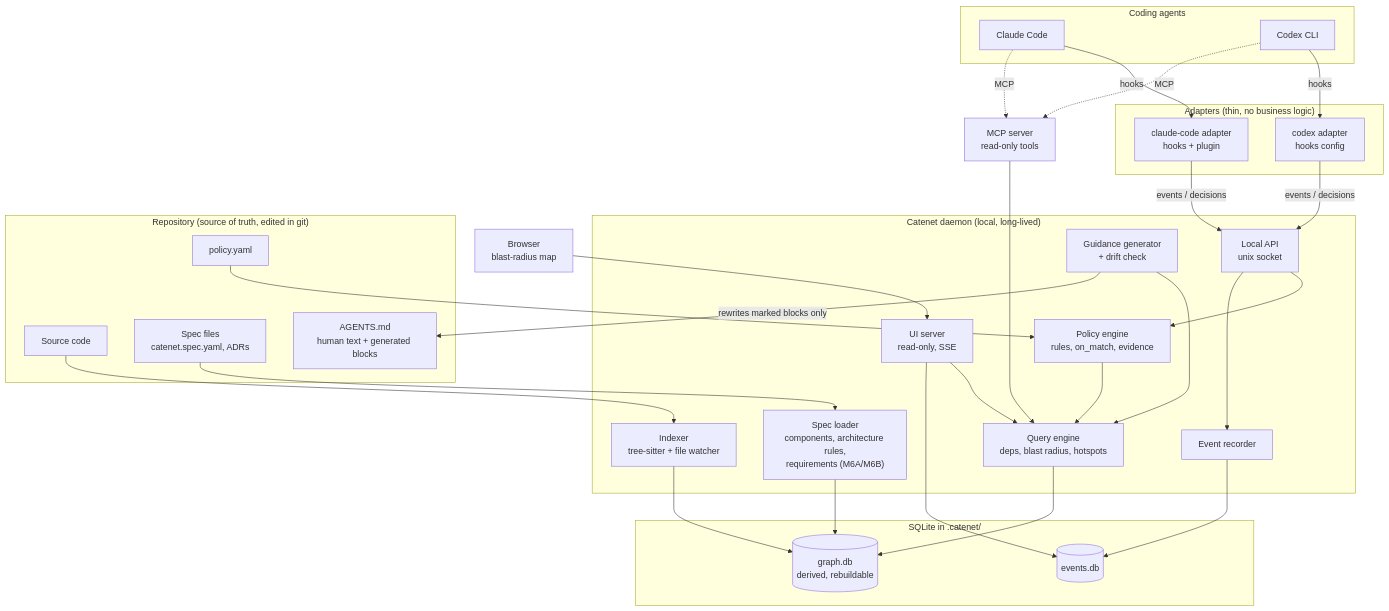
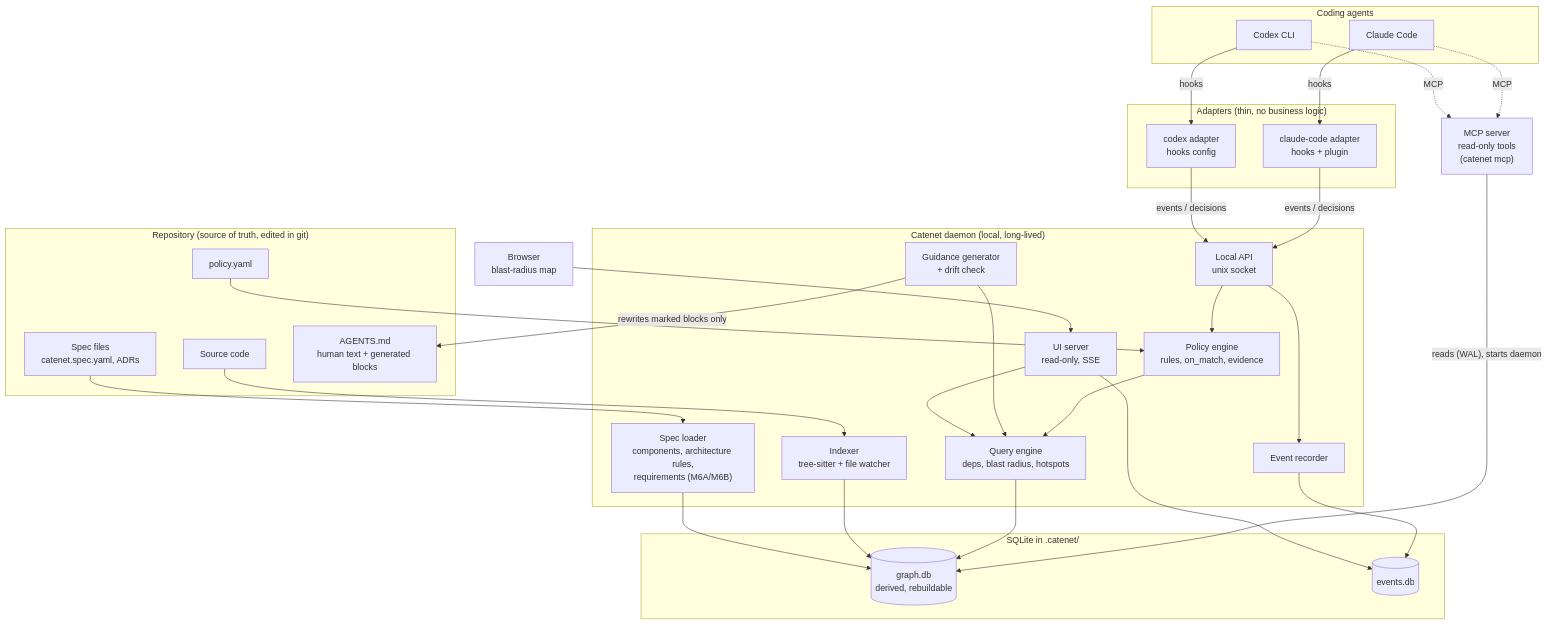
One commit to donpham7/catenet changed the diagram in docs/diagrams/01-system-overview.mermaid. Above: the diagram before and after it, drawn with Mermaid. The commit also changed 50 other files, not shown here.

```diff
--- a/docs/diagrams/01-system-overview.mermaid
+++ b/docs/diagrams/01-system-overview.mermaid
@@ -1,64 +1,64 @@
 flowchart TB
   subgraph Agents["Coding agents"]
     CC["Claude Code"]
     CX["Codex CLI"]
   end
 
   subgraph Adapters["Adapters (thin, no business logic)"]
     ACC["claude-code adapter<br/>hooks + plugin"]
     ACX["codex adapter<br/>hooks config"]
   end
 
-  MCP["MCP server<br/>read-only tools"]
+  MCP["MCP server<br/>read-only tools<br/>(catenet mcp)"]
 
   subgraph Daemon["Catenet daemon (local, long-lived)"]
     API["Local API<br/>unix socket"]
     IDX["Indexer<br/>tree-sitter + file watcher"]
     SPEC["Spec loader<br/>components, architecture rules,<br/>requirements (M6A/M6B)"]
     QE["Query engine<br/>deps, blast radius, hotspots"]
     POL["Policy engine<br/>rules, on_match, evidence"]
     REC["Event recorder"]
     GEN["Guidance generator<br/>+ drift check"]
     UIS["UI server<br/>read-only, SSE"]
   end
 
   subgraph Store["SQLite in .catenet/"]
     GDB[("graph.db<br/>derived, rebuildable")]
     EDB[("events.db")]
   end
 
   subgraph Repo["Repository (source of truth, edited in git)"]
     CODE["Source code"]
     SPECF["Spec files<br/>catenet.spec.yaml, ADRs"]
     POLF["policy.yaml"]
     AGMD["AGENTS.md<br/>human text + generated blocks"]
   end
 
   BROWSER["Browser<br/>blast-radius map"]
 
   CC -- hooks --> ACC
   CX -- hooks --> ACX
   CC -. MCP .-> MCP
   CX -. MCP .-> MCP
 
   ACC -- "events / decisions" --> API
   ACX -- "events / decisions" --> API
-  MCP --> QE
+  MCP -- "reads (WAL), starts daemon" --> GDB
 
   API --> POL
   API --> REC
   POL --> QE
   QE --> GDB
   IDX --> GDB
   SPEC --> GDB
   REC --> EDB
 
   CODE --> IDX
   SPECF --> SPEC
   POLF --> POL
   GEN --> QE
   GEN -- "rewrites marked blocks only" --> AGMD
 
   UIS --> QE
   UIS --> EDB
   BROWSER --> UIS
```
